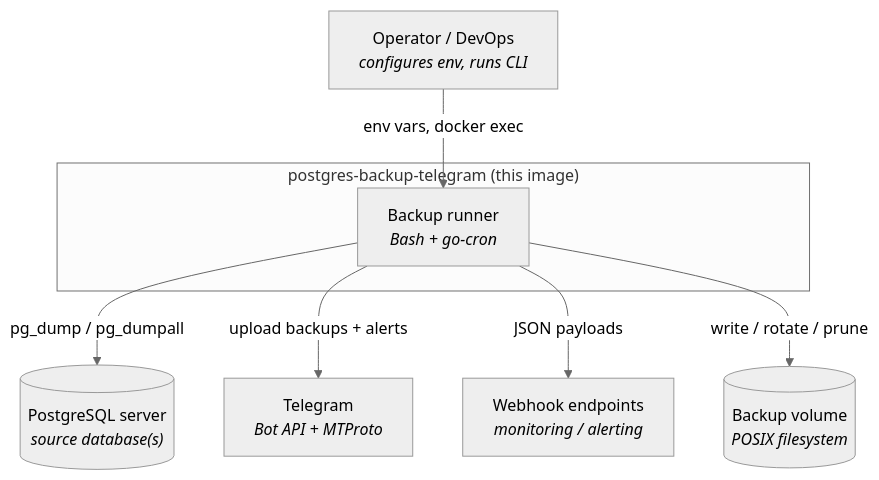
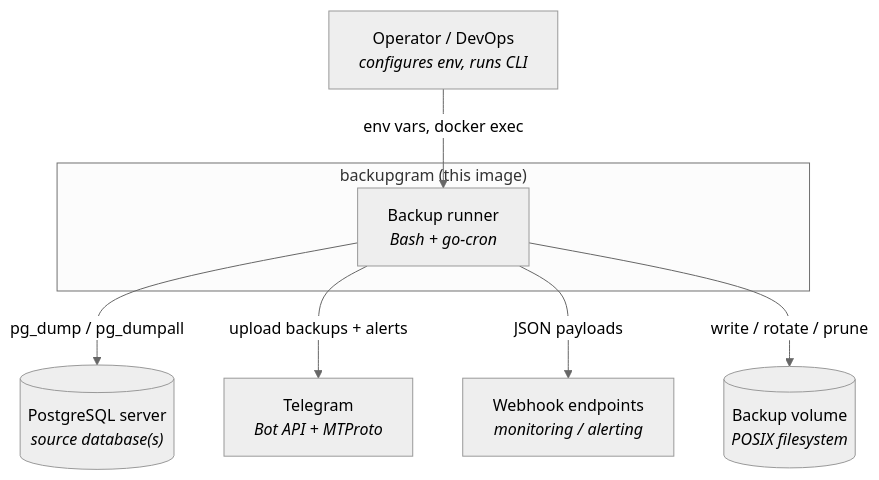
One commit to ganiyevuz/backupgram changed the first of 4 diagrams in docs/ARCHITECTURE.md. Above: the diagram before and after it, drawn with Mermaid (neutral theme). The commit also changed 40 other files, not shown here.

````diff
--- a/docs/ARCHITECTURE.md
+++ b/docs/ARCHITECTURE.md
@@ -20,17 +20,17 @@
 ```mermaid
 flowchart TB
     operator["Operator / DevOps<br/><i>configures env, runs CLI</i>"]
-    subgraph sys["postgres-backup-telegram (this image)"]
+    subgraph sys["backupgram (this image)"]
         runner["Backup runner<br/><i>Bash + go-cron</i>"]
     end
     pg[("PostgreSQL server<br/><i>source database(s)</i>")]
     tg["Telegram<br/><i>Bot API + MTProto</i>"]
     hook["Webhook endpoints<br/><i>monitoring / alerting</i>"]
     vol[("Backup volume<br/><i>POSIX filesystem</i>")]
 
     operator -->|env vars, docker exec| runner
     runner -->|pg_dump / pg_dumpall| pg
     runner -->|upload backups + alerts| tg
     runner -->|JSON payloads| hook
     runner -->|write / rotate / prune| vol
 ```
````
